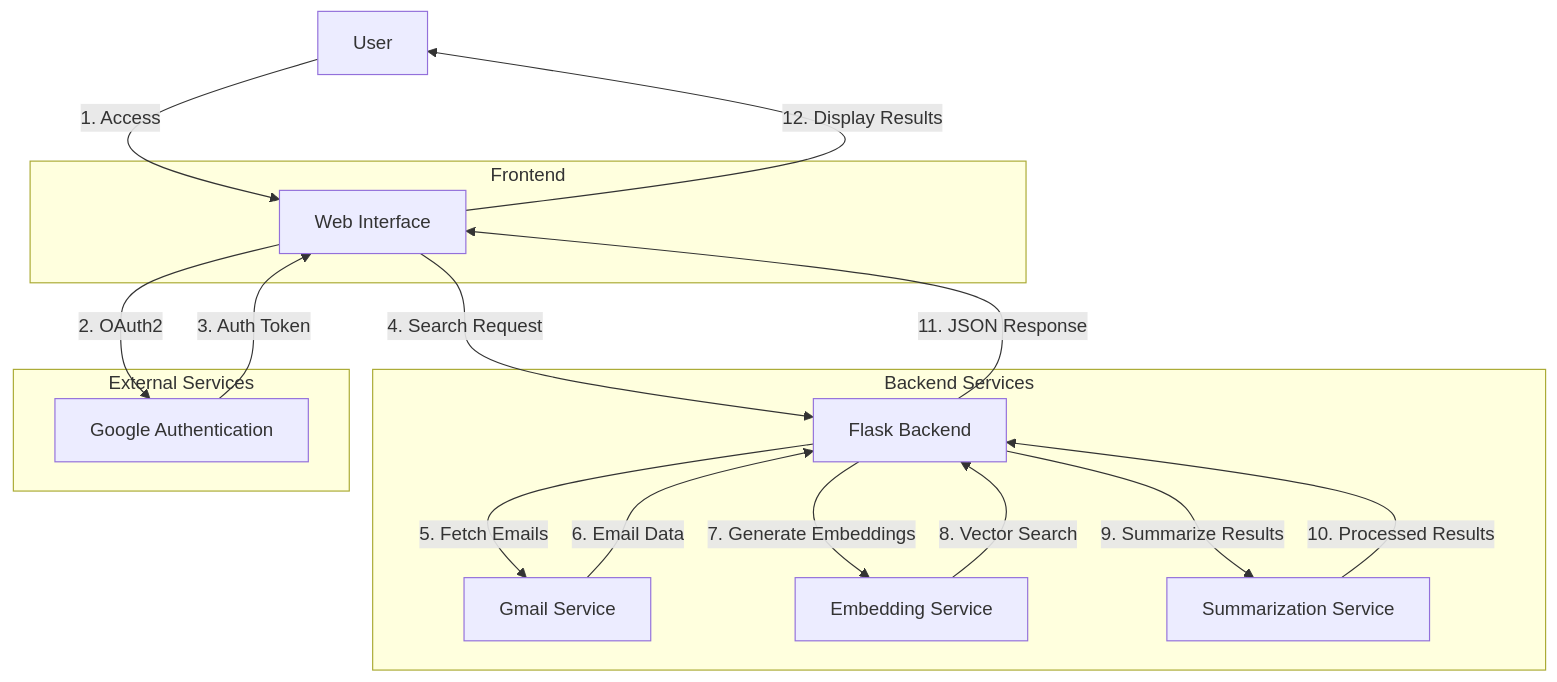
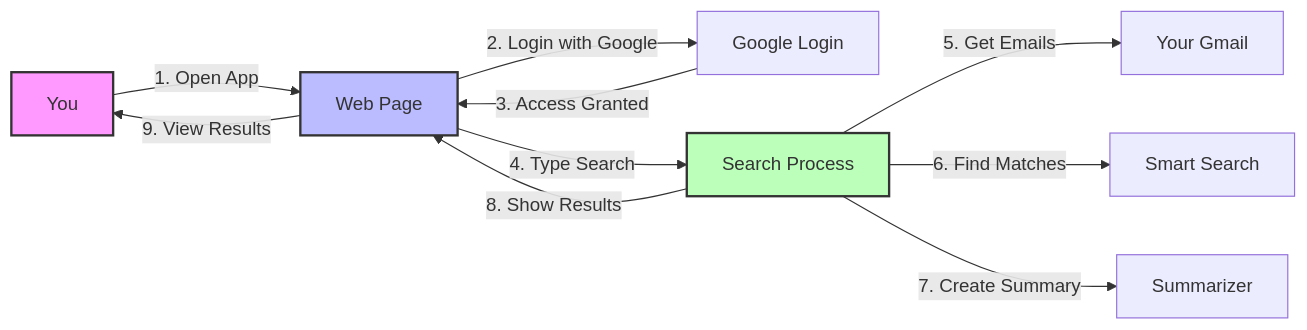
The diagram in Session26/ARCHITECTURE.md (kishkath/ERA3), drawn with Mermaid before and after one commit. The commit also changed other lines of this file, not shown here.

````diff
--- a/Session26/ARCHITECTURE.md
+++ b/Session26/ARCHITECTURE.md
@@ -9,30 +8,16 @@
 ```mermaid
-graph TD
-    A[User] -->|1. Access| B[Web Interface]
-    B -->|2. OAuth2| C[Google Authentication]
-    C -->|3. Auth Token| B
-    B -->|4. Search Request| D[Flask Backend]
-    D -->|5. Fetch Emails| E[Gmail Service]
-    E -->|6. Email Data| D
-    D -->|7. Generate Embeddings| F[Embedding Service]
-    F -->|8. Vector Search| D
-    D -->|9. Summarize Results| G[Summarization Service]
-    G -->|10. Processed Results| D
-    D -->|11. JSON Response| B
-    B -->|12. Display Results| A
+graph LR
+    A[You] -->|1. Open App| B[Web Page]
+    B -->|2. Login with Google| C[Google Login]
+    C -->|3. Access Granted| B
+    B -->|4. Type Search| D[Search Process]
+    D -->|5. Get Emails| E[Your Gmail]
+    D -->|6. Find Matches| F[Smart Search]
+    D -->|7. Create Summary| G[Summarizer]
+    D -->|8. Show Results| B
+    B -->|9. View Results| A
 
-    subgraph Frontend
-        B
-    end
-
-    subgraph Backend Services
-        D
-        E
-        F
-        G
-    end
-
-    subgraph External Services
-        C
-    end
+    style A fill:#f9f,stroke:#333,stroke-width:2px
+    style B fill:#bbf,stroke:#333,stroke-width:2px
+    style D fill:#bfb,stroke:#333,stroke-width:2px
 ```
````
